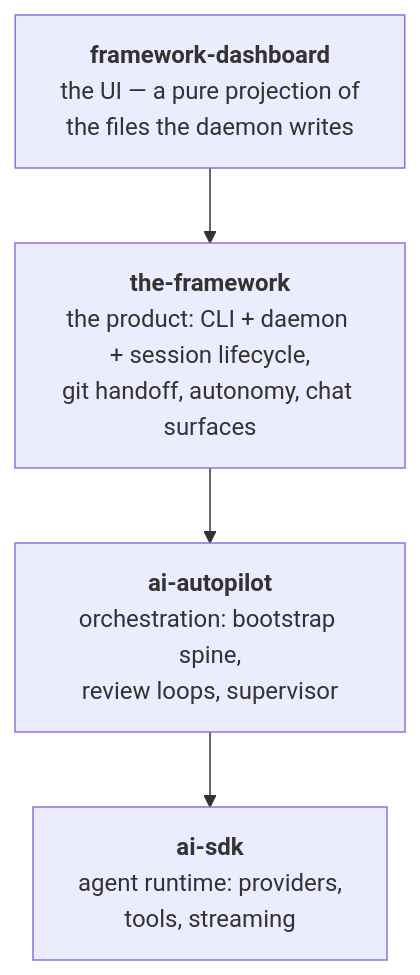
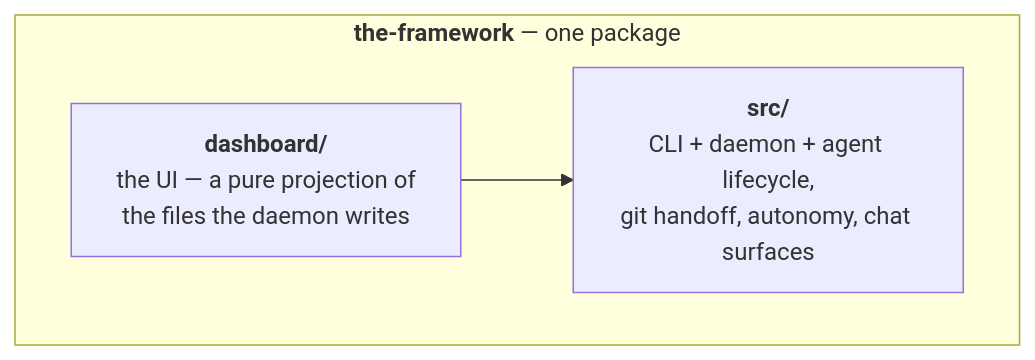
One commit to framework/the-framework changed the diagram in SPEC.md. Above: the diagram before and after it, drawn with Mermaid. The commit also changed other lines of this file and 2381 other files, not shown here.

````diff
--- a/SPEC.md
+++ b/SPEC.md
@@ -11,11 +11,8 @@
 ```mermaid
 graph TD
-    dash["<b>framework-dashboard</b><br/>the UI — a pure projection of<br/>the files the daemon writes"]
-    product["<b>the-framework</b><br/>the product: CLI + daemon + session lifecycle,<br/>git handoff, autonomy, chat surfaces"]
-    autopilot["<b>ai-autopilot</b><br/>orchestration: bootstrap spine,<br/>review loops, supervisor"]
-    sdk["<b>ai-sdk</b><br/>agent runtime: providers,<br/>tools, streaming"]
-
-    dash --> product
-    product --> autopilot
-    autopilot --> sdk
+    subgraph product["<b>the-framework</b> — one package"]
+        dash["<b>dashboard/</b><br/>the UI — a pure projection of<br/>the files the daemon writes"]
+        core["<b>src/</b><br/>CLI + daemon + agent lifecycle,<br/>git handoff, autonomy, chat surfaces"]
+        dash --> core
+    end
 ```
````
